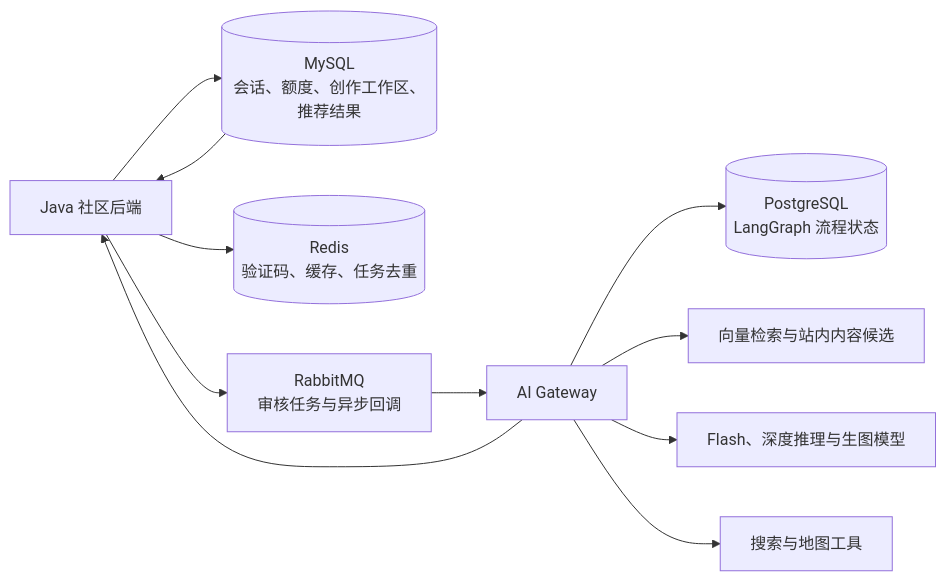
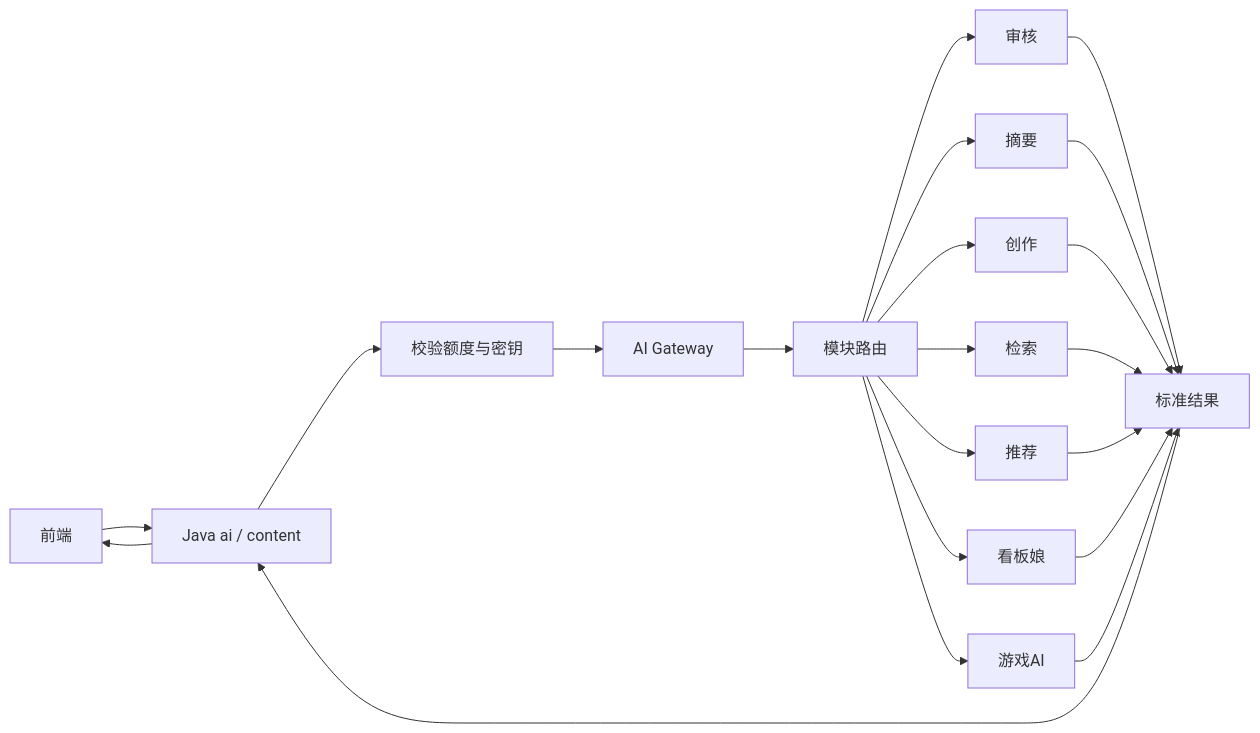
Diagram 17 of 29 in README.md (pluchon/mengmeng_forum), drawn with Mermaid before and after one commit. The commit also changed other lines of this file and 1616 other files, not shown here.

````diff
--- a/README.md
+++ b/README.md
@@ -450,13 +372,17 @@
 ```mermaid
 flowchart LR
-  J["Java 社区后端"] --> MYSQL[("MySQL<br/>会话、额度、创作工作区、推荐结果")]
-  J --> REDIS[("Redis<br/>验证码、缓存、任务去重")]
-  J --> MQ["RabbitMQ<br/>审核任务与异步回调"]
-  G["AI Gateway"] --> PG[("PostgreSQL<br/>LangGraph 流程状态")]
-  G --> VECTOR["向量检索与站内内容候选"]
-  G --> MODEL["Flash、深度推理与生图模型"]
-  G --> MCP["搜索与地图工具"]
-  MYSQL --> J
-  MQ --> G
-  G --> J
+  FE["前端"] --> J["Java ai / content"]
+  J --> 校验额度与密钥
+  校验额度与密钥 --> G["AI Gateway"]
+  G --> 模块路由
+  模块路由 --> 审核
+  模块路由 --> 摘要
+  模块路由 --> 创作
+  模块路由 --> 检索
+  模块路由 --> 推荐
+  模块路由 --> 看板娘
+  模块路由 --> 游戏AI
+  审核 & 摘要 & 创作 & 检索 & 推荐 & 看板娘 & 游戏AI --> 标准结果
+  标准结果 --> J
+  J --> FE
 ```
````
